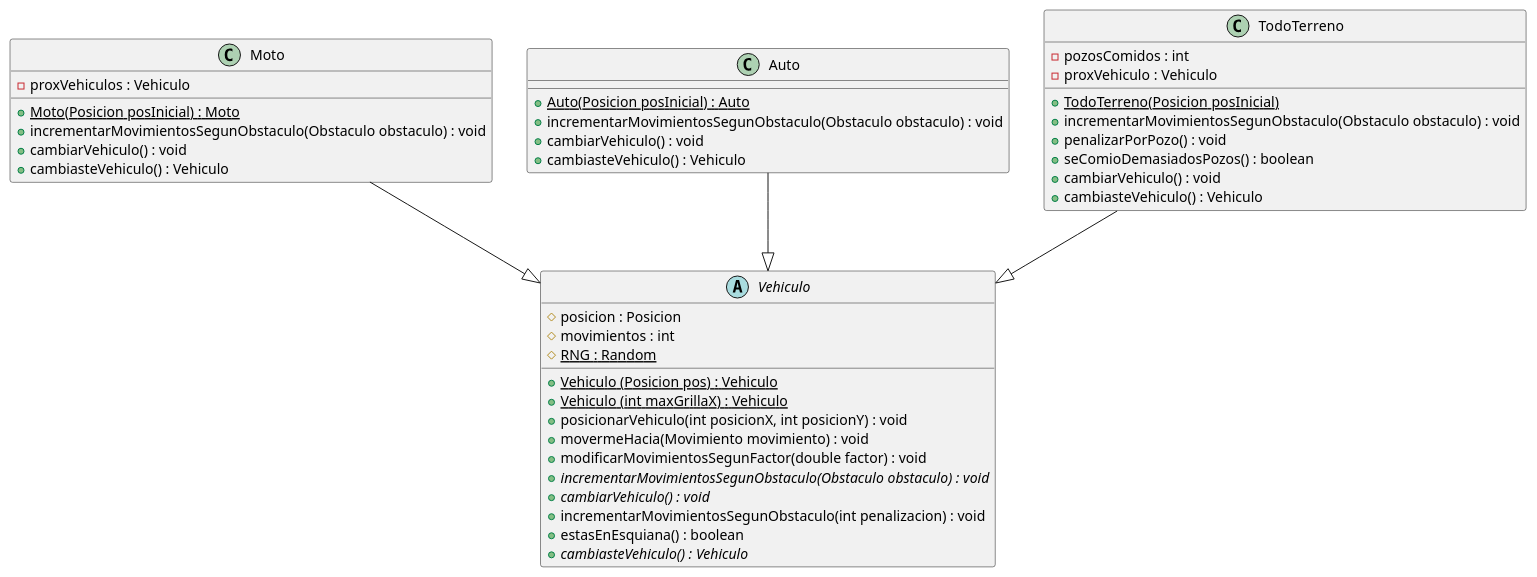
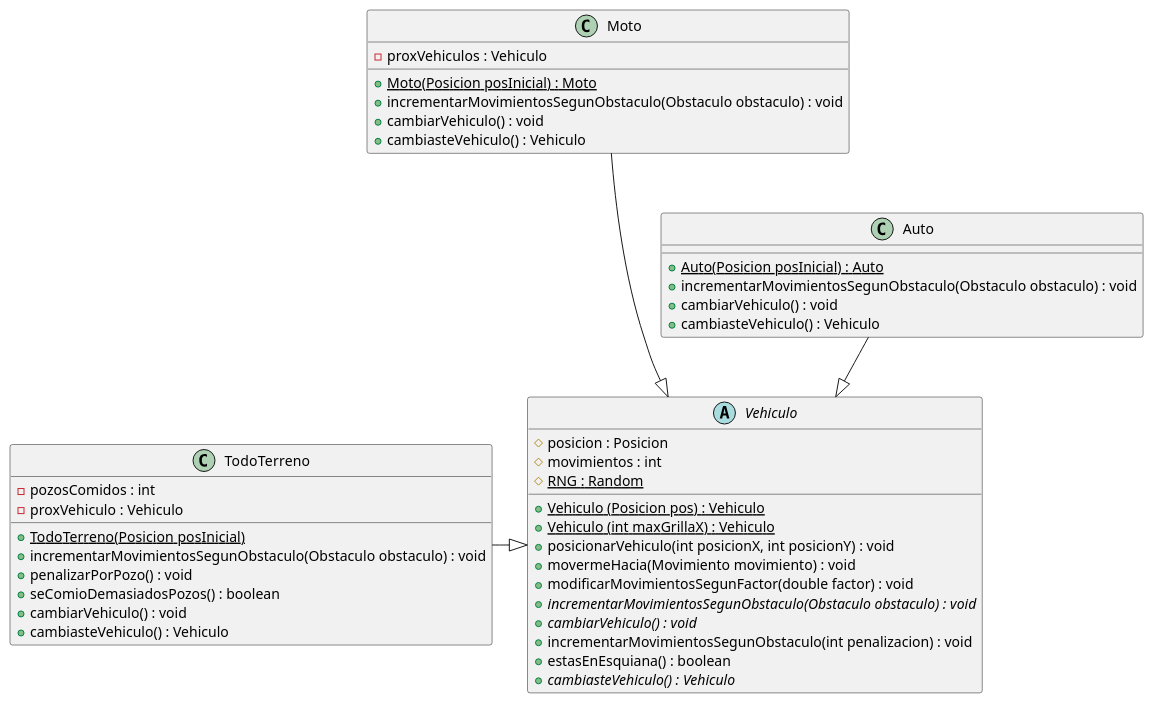
One commit to kikiymini/algo3_tp2 changed the diagram in Entrega2/DiagramaDeClases/DiagramaDeClasesVehiculos.puml. Above: the diagram before and after it, drawn with PlantUML.

```diff
--- a/Entrega2/DiagramaDeClases/DiagramaDeClasesVehiculos.puml
+++ b/Entrega2/DiagramaDeClases/DiagramaDeClasesVehiculos.puml
@@ -1,53 +1,53 @@
 @startuml
     'https://plantuml.com/class-diagram
 
 
     abstract Vehiculo{
         # posicion : Posicion
         # movimientos : int
         # {static} RNG : Random
 
         + {static} Vehiculo (Posicion pos) : Vehiculo
         + {static} Vehiculo (int maxGrillaX) : Vehiculo
         + posicionarVehiculo(int posicionX, int posicionY) : void
         + movermeHacia(Movimiento movimiento) : void
         + modificarMovimientosSegunFactor(double factor) : void
         + {abstract} incrementarMovimientosSegunObstaculo(Obstaculo obstaculo) : void
         + {abstract} cambiarVehiculo() : void
         + incrementarMovimientosSegunObstaculo(int penalizacion) : void
         + estasEnEsquiana() : boolean
         + {abstract} cambiasteVehiculo() : Vehiculo
     }
 
 
     class Moto{
         - proxVehiculos : Vehiculo
         + {static} Moto(Posicion posInicial) : Moto
         + incrementarMovimientosSegunObstaculo(Obstaculo obstaculo) : void
         + cambiarVehiculo() : void
         + cambiasteVehiculo() : Vehiculo
     }
 
     class Auto{
         + {static} Auto(Posicion posInicial) : Auto
         + incrementarMovimientosSegunObstaculo(Obstaculo obstaculo) : void
         + cambiarVehiculo() : void
         + cambiasteVehiculo() : Vehiculo
     }
 
     class TodoTerreno{
         - pozosComidos : int
         - proxVehiculo : Vehiculo
         + {static} TodoTerreno(Posicion posInicial)
         + incrementarMovimientosSegunObstaculo(Obstaculo obstaculo) : void
         + penalizarPorPozo() : void
         + seComioDemasiadosPozos() : boolean
         + cambiarVehiculo() : void
         + cambiasteVehiculo() : Vehiculo
     }
 
-    Moto --|> Vehiculo
+    Moto ---|> Vehiculo
     Auto --|> Vehiculo
-    TodoTerreno --|> Vehiculo
+    TodoTerreno -|> Vehiculo
 
 @enduml
```
